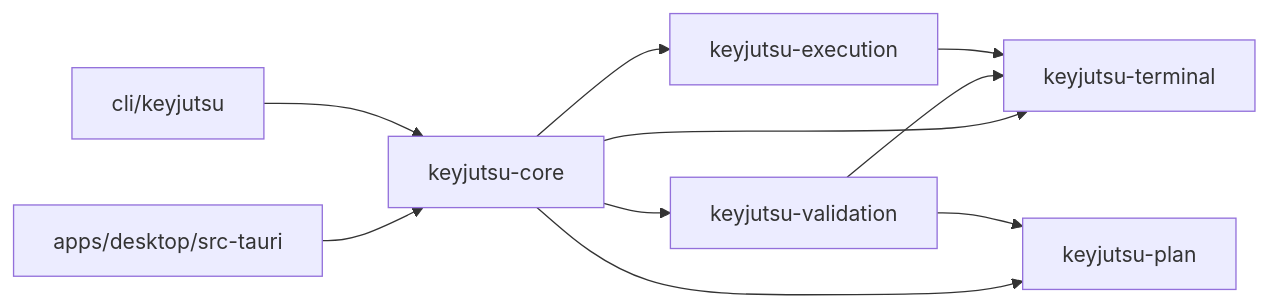
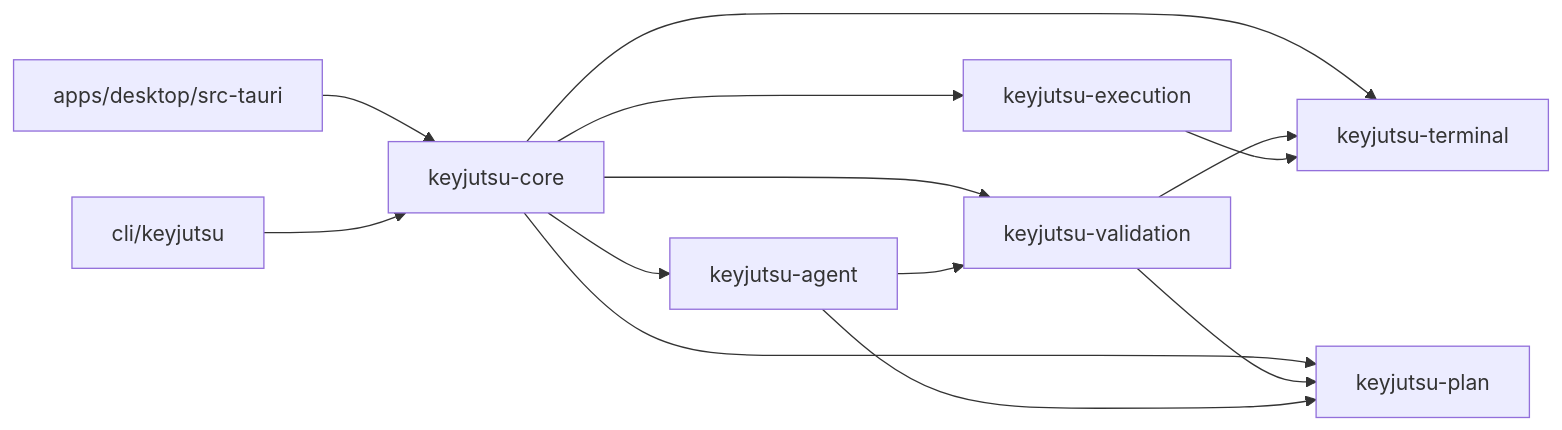
The diagram in docs/architecture/overview.md (TheCodeSaiyan/keyjutsu), drawn with Mermaid before and after one commit. The commit also changed other lines of this file and 47 other files, not shown here.

````diff
--- a/docs/architecture/overview.md
+++ b/docs/architecture/overview.md
@@ -58,12 +58,15 @@
 ```mermaid
 flowchart LR
     desktop["apps/desktop/src-tauri"] --> core
     cli["cli/keyjutsu"] --> core
     core["keyjutsu-core"] --> execution
     core --> terminal
     core --> plan["keyjutsu-plan"]
     core --> validation["keyjutsu-validation"]
     validation --> plan
     validation --> terminal
+    core --> agent["keyjutsu-agent"]
+    agent --> plan
+    agent --> validation
     execution["keyjutsu-execution"] --> terminal["keyjutsu-terminal"]
 ```
````
